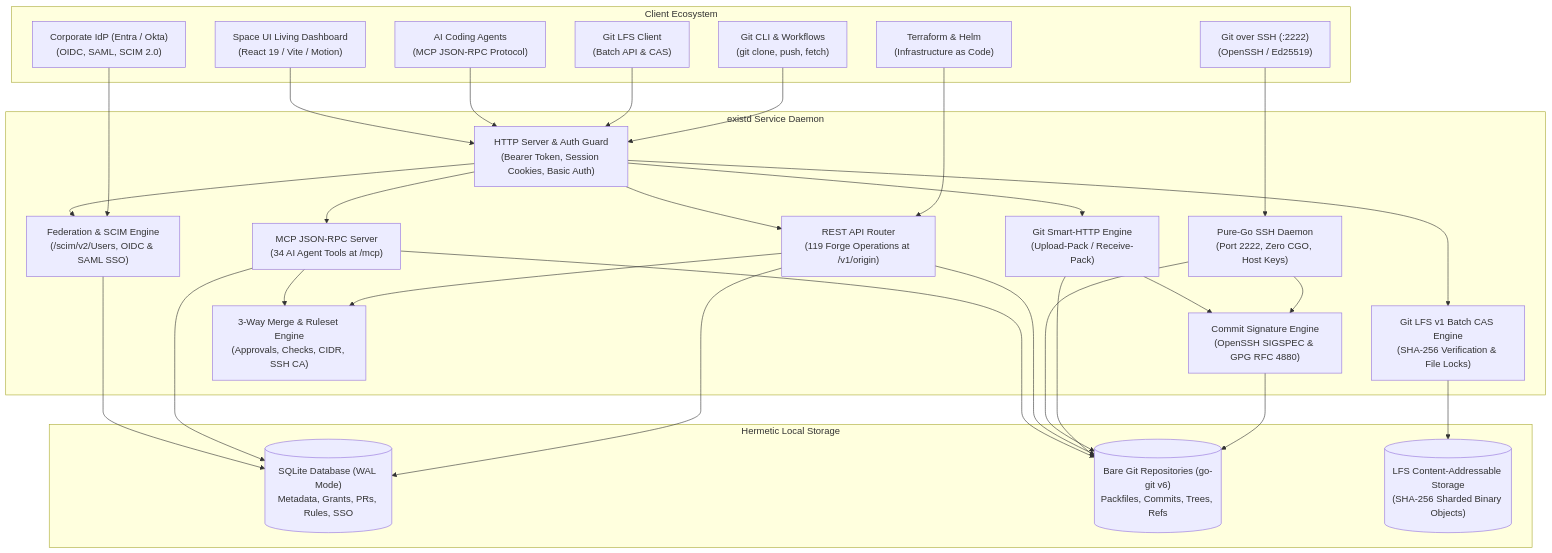
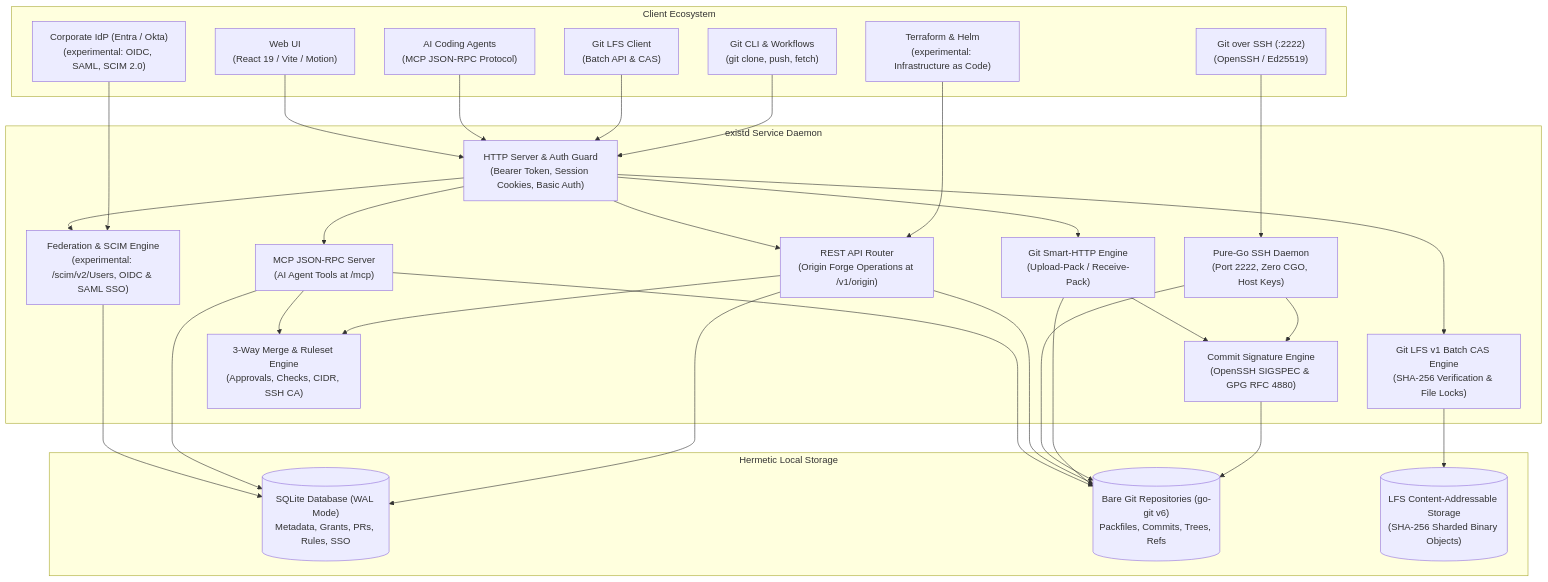
One commit to RavaniRoshan/exist.io changed the diagram in site/docs/architecture/index.mdx. Above: the diagram before and after it, drawn with Mermaid. The commit also changed other lines of this file and 12 other files, not shown here.

````diff
--- a/site/docs/architecture/index.mdx
+++ b/site/docs/architecture/index.mdx
@@ -10,60 +10,60 @@
 ```mermaid
 flowchart TD
     subgraph Clients["Client Ecosystem"]
         GitClient["Git CLI & Workflows<br/>(git clone, push, fetch)"]
         GitSSH["Git over SSH (:2222)<br/>(OpenSSH / Ed25519)"]
         GitLFS["Git LFS Client<br/>(Batch API & CAS)"]
         Agent["AI Coding Agents<br/>(MCP JSON-RPC Protocol)"]
-        WebUI["Space UI Living Dashboard<br/>(React 19 / Vite / Motion)"]
-        IdP["Corporate IdP (Entra / Okta)<br/>(OIDC, SAML, SCIM 2.0)"]
-        IaC["Terraform & Helm<br/>(Infrastructure as Code)"]
+        WebUI["Web UI<br/>(React 19 / Vite / Motion)"]
+        IdP["Corporate IdP (Entra / Okta)<br/>(experimental: OIDC, SAML, SCIM 2.0)"]
+        IaC["Terraform & Helm<br/>(experimental: Infrastructure as Code)"]
     end
 
     subgraph Service["existd Service Daemon"]
         Gateway["HTTP Server & Auth Guard<br/>(Bearer Token, Session Cookies, Basic Auth)"]
         SSHServer["Pure-Go SSH Daemon<br/>(Port 2222, Zero CGO, Host Keys)"]
         SmartHTTP["Git Smart-HTTP Engine<br/>(Upload-Pack / Receive-Pack)"]
         LFSEngine["Git LFS v1 Batch CAS Engine<br/>(SHA-256 Verification & File Locks)"]
         SigEngine["Commit Signature Engine<br/>(OpenSSH SIGSPEC & GPG RFC 4880)"]
-        MCPServer["MCP JSON-RPC Server<br/>(34 AI Agent Tools at /mcp)"]
-        RESTRouter["REST API Router<br/>(119 Forge Operations at /v1/origin)"]
-        Federation["Federation & SCIM Engine<br/>(/scim/v2/Users, OIDC & SAML SSO)"]
+        MCPServer["MCP JSON-RPC Server<br/>(AI Agent Tools at /mcp)"]
+        RESTRouter["REST API Router<br/>(Origin Forge Operations at /v1/origin)"]
+        Federation["Federation & SCIM Engine<br/>(experimental: /scim/v2/Users, OIDC & SAML SSO)"]
         PolicyEngine["3-Way Merge & Ruleset Engine<br/>(Approvals, Checks, CIDR, SSH CA)"]
     end
 
     subgraph Storage["Hermetic Local Storage"]
         MetaDB[("SQLite Database (WAL Mode)<br/>Metadata, Grants, PRs, Rules, SSO")]
         GitRepo[("Bare Git Repositories (go-git v6)<br/>Packfiles, Commits, Trees, Refs")]
         LFSCAS[("LFS Content-Addressable Storage<br/>(SHA-256 Sharded Binary Objects)")]
     end
 
     GitClient --> Gateway
     GitSSH --> SSHServer
     GitLFS --> Gateway
     Agent --> Gateway
     WebUI --> Gateway
     IdP --> Federation
     IaC --> RESTRouter
 
     Gateway --> SmartHTTP
     Gateway --> LFSEngine
     Gateway --> MCPServer
     Gateway --> RESTRouter
     Gateway --> Federation
 
     SSHServer --> SigEngine
     SmartHTTP --> SigEngine
     SigEngine --> GitRepo
     LFSEngine --> LFSCAS
 
     RESTRouter --> PolicyEngine
     MCPServer --> PolicyEngine
 
     SmartHTTP --> GitRepo
     SSHServer --> GitRepo
     RESTRouter --> GitRepo
     RESTRouter --> MetaDB
     MCPServer --> GitRepo
     MCPServer --> MetaDB
     Federation --> MetaDB
 ```
````
